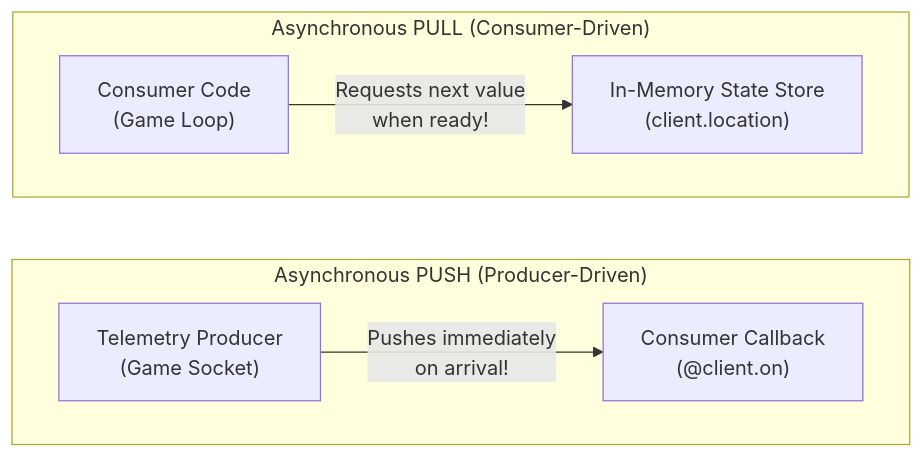
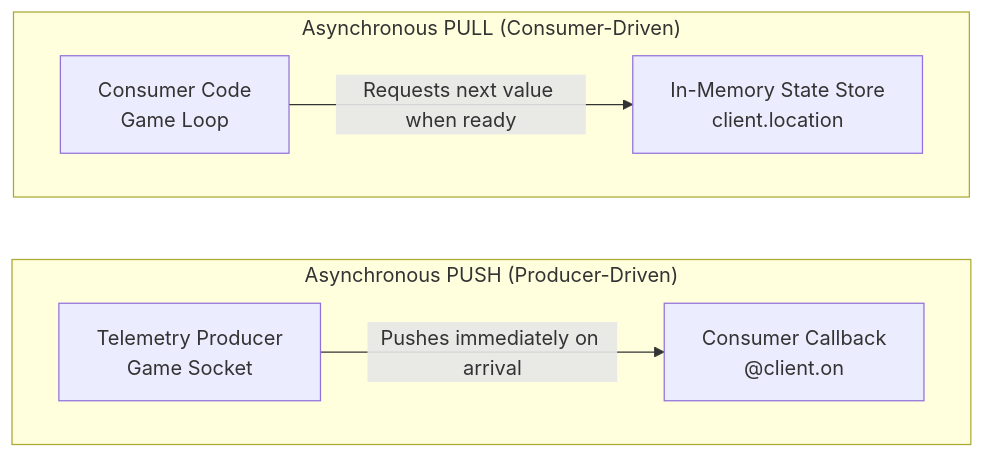
Before and after one commit to mnaatjes/ed-fleet-client: the tenth of 10 diagrams in architecture/notes/event_driven_telemetry_and_state_fundamentals.md, drawn with Mermaid. The commit also changed other lines of this file, not shown here.

Commit message:
docs(architecture): sanitize mermaid diagram syntax in fundamentals guide

````diff
--- a/architecture/notes/event_driven_telemetry_and_state_fundamentals.md
+++ b/architecture/notes/event_driven_telemetry_and_state_fundamentals.md
@@ -440,12 +440,12 @@
 ```mermaid
 flowchart LR
     subgraph Push ["Asynchronous PUSH (Producer-Driven)"]
         direction LR
-        Prod["Telemetry Producer\n(Game Socket)"] -->|"Pushes immediately\non arrival!"| PushConsumer["Consumer Callback\n(@client.on)"]
+        Prod["Telemetry Producer<br/>Game Socket"] -->|Pushes immediately on arrival| PushConsumer["Consumer Callback<br/>@client.on"]
     end
 
     subgraph Pull ["Asynchronous PULL (Consumer-Driven)"]
         direction LR
-        PullConsumer["Consumer Code\n(Game Loop)"] -->|"Requests next value\nwhen ready!"| StateStore["In-Memory State Store\n(client.location)"]
+        PullConsumer["Consumer Code<br/>Game Loop"] -->|Requests next value when ready| StateStore["In-Memory State Store<br/>client.location"]
     end
 ```
````
